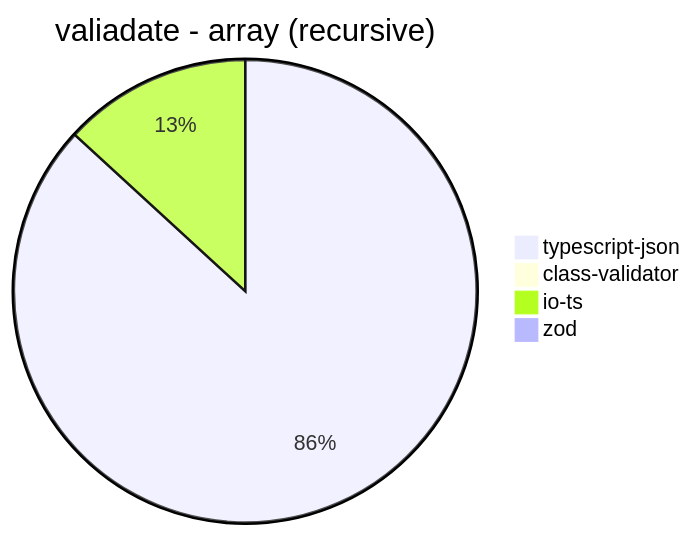
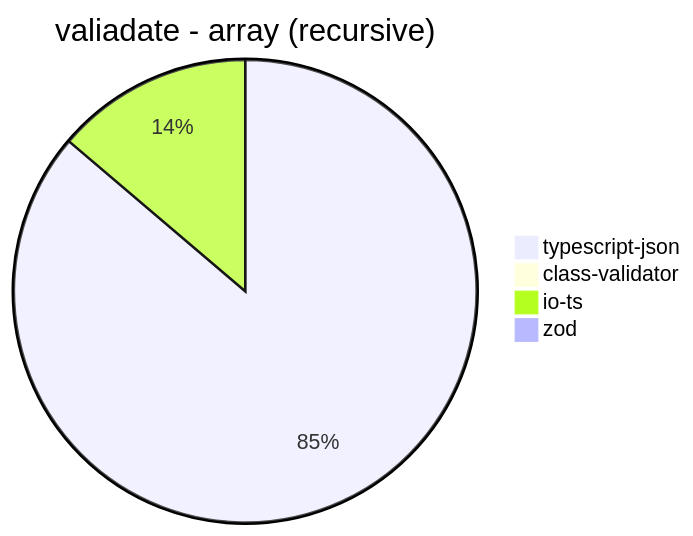
Before and after one commit to samchon/typia: diagram 13 of 32 in benchmark/results/AMD Ryzen 7 5800H with Radeon Graphics.md, drawn with Mermaid. The commit also changed other lines of this file and 7 other files, not shown here.

````diff
--- a/benchmark/results/AMD Ryzen 7 5800H with Radeon Graphics.md
+++ b/benchmark/results/AMD Ryzen 7 5800H with Radeon Graphics.md
@@ -154,7 +154,7 @@
 ```mermaid
 pie title valiadate - array (recursive)
-  "typescript-json": 1108.1998114985863
-  "class-validator": 5.568962316688324
-  "io-ts": 168.18097533840165
-  "zod": 8.955223880597014
+  "typescript-json": 1097.8850832865432
+  "class-validator": 3.5707573764330016
+  "io-ts": 175.47412999447616
+  "zod": 9.276789095039758
 ```
````
